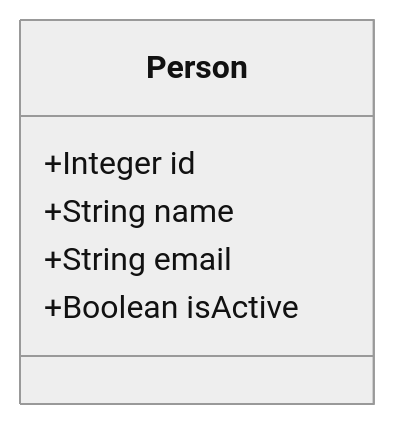
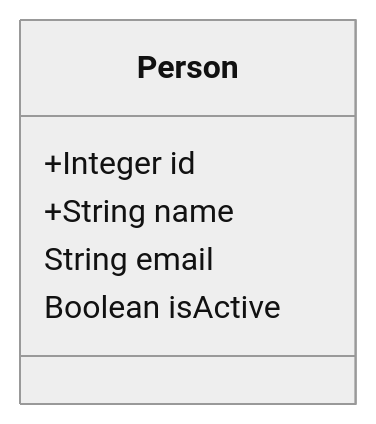
One commit to flemming-n-larsen/JSONSchema-to-Mermaid changed the first of 6 diagrams in README.md. Above: the diagram before and after it, drawn with Mermaid (neutral theme). The commit also changed other lines of this file and 4 other files, not shown here.

Commit message:
Enhance MermaidGenerator to support required property markers and improve schema processing

````diff
--- a/README.md
+++ b/README.md
@@ -34,9 +29,9 @@
 ```mermaid
 classDiagram
   class Person {
     +Integer id
     +String name
-    +String email
-    +Boolean isActive
+    String email
+    Boolean isActive
   }
 ```
````
